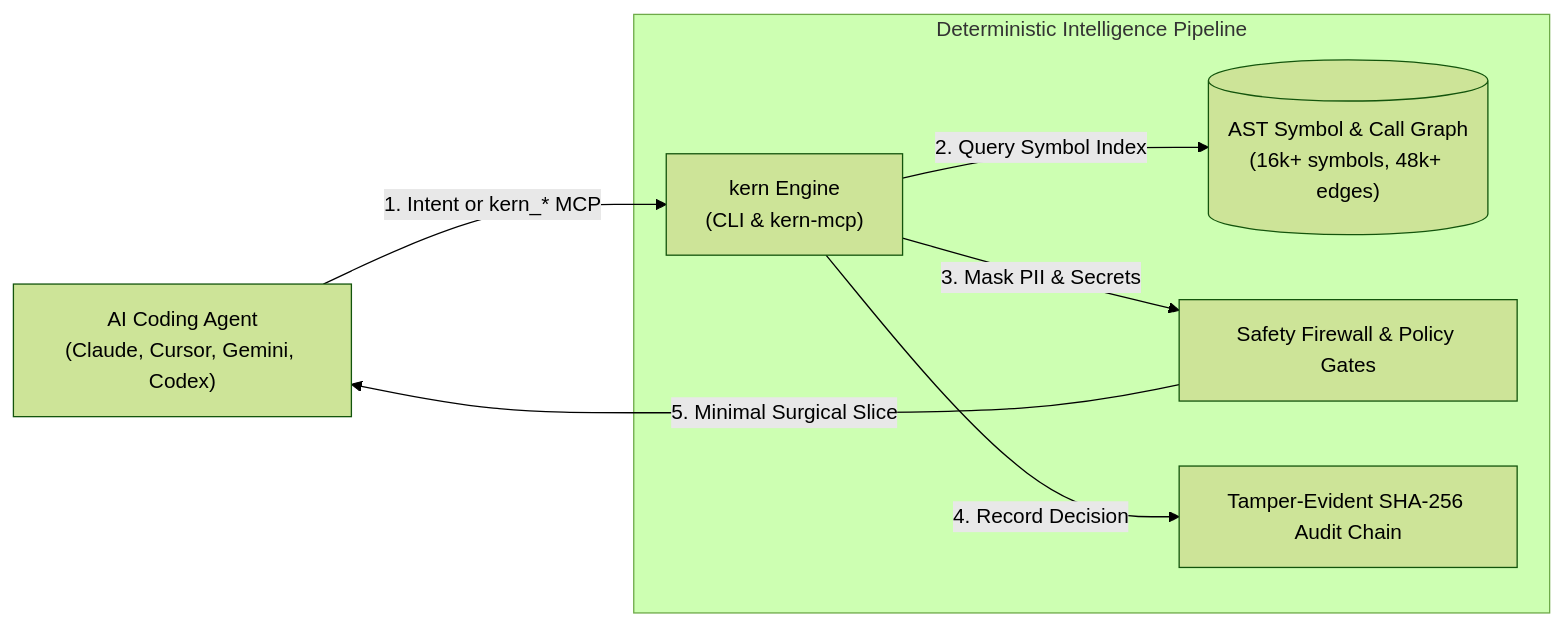
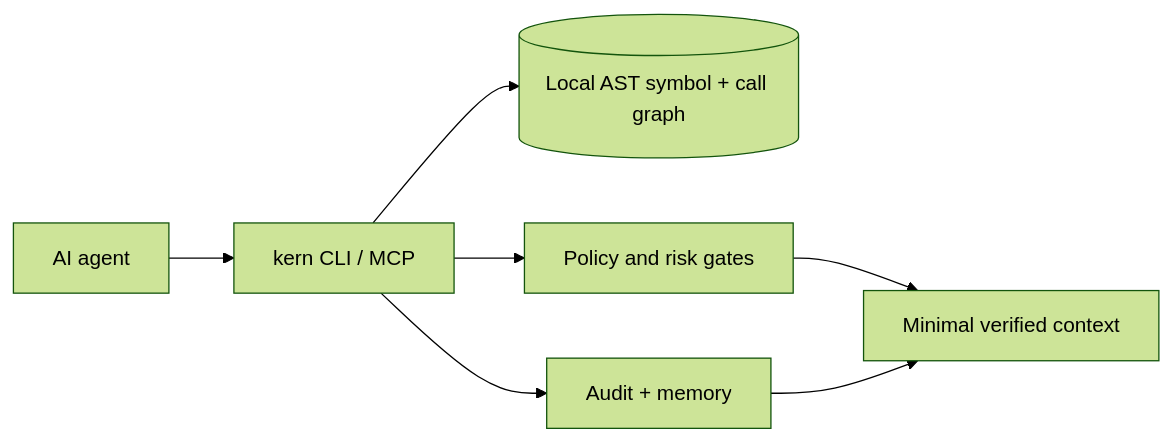
The diagram in README.md (JayveerPrajapati/kern), drawn with Mermaid (forest theme) before and after one commit. The commit also changed other lines of this file and 34 other files, not shown here.

````diff
--- a/README.md
+++ b/README.md
@@ -374,12 +100,9 @@
 ```mermaid
 flowchart LR
-    A["AI Coding Agent<br/>(Claude, Cursor, Gemini, Codex)"] -->|"1. Intent or kern_* MCP"| B["kern Engine<br/>(CLI & kern-mcp)"]
-    
-    subgraph Core_Engine["Deterministic Intelligence Pipeline"]
-         B -->|"2. Query Symbol Index"| C[("AST Symbol & Call Graph<br/>(16k+ symbols, 48k+ edges)")]
-        B -->|"3. Mask PII & Secrets"| D["Safety Firewall & Policy Gates"]
-        B -->|"4. Record Decision"| E["Tamper-Evident SHA-256 Audit Chain"]
-    end
-    
-    D -->|"5. Minimal Surgical Slice"| A
+    A["AI agent"] --> B["kern CLI / MCP"]
+    B --> C[("Local AST symbol + call graph")]
+    B --> D["Policy and risk gates"]
+    B --> E["Audit + memory"]
+    D --> F["Minimal verified context"]
+    E --> F
 ```
````
